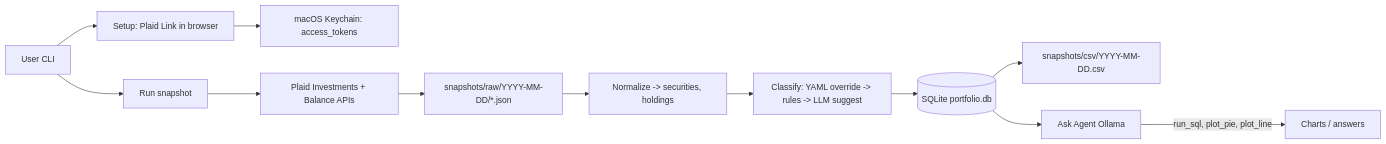
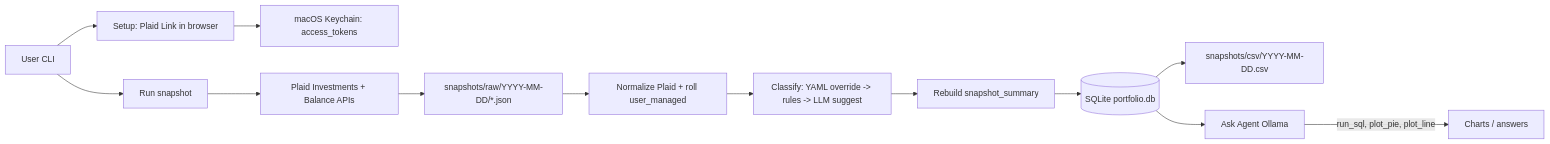
Before and after one commit to shiyonghu/portfolio-review: the first of 2 diagrams in .cursor/plans/portfolio_review_spec_c02dcd66.plan.md, drawn with Mermaid. The commit also changed other lines of this file and 3 other files, not shown here.

````diff
--- a/.cursor/plans/portfolio_review_spec_c02dcd66.plan.md
+++ b/.cursor/plans/portfolio_review_spec_c02dcd66.plan.md
@@ -32,14 +37,15 @@
 ```mermaid
 flowchart LR
     User[User CLI] --> Setup[Setup: Plaid Link in browser]
     Setup --> Keychain[macOS Keychain: access_tokens]
     User --> Run[Run snapshot]
     Run --> Plaid[Plaid Investments + Balance APIs]
     Plaid --> Raw["snapshots/raw/YYYY-MM-DD/*.json"]
-    Raw --> Norm[Normalize -> securities, holdings]
+    Raw --> Norm[Normalize Plaid + roll user_managed]
     Norm --> Classify[Classify: YAML override -> rules -> LLM suggest]
-    Classify --> DB[(SQLite portfolio.db)]
+    Classify --> Summary[Rebuild snapshot_summary]
+    Summary --> DB[(SQLite portfolio.db)]
     DB --> CSV["snapshots/csv/YYYY-MM-DD.csv"]
     DB --> Agent[Ask Agent Ollama]
     Agent -->|run_sql, plot_pie, plot_line| Charts[Charts / answers]
 ```
````
